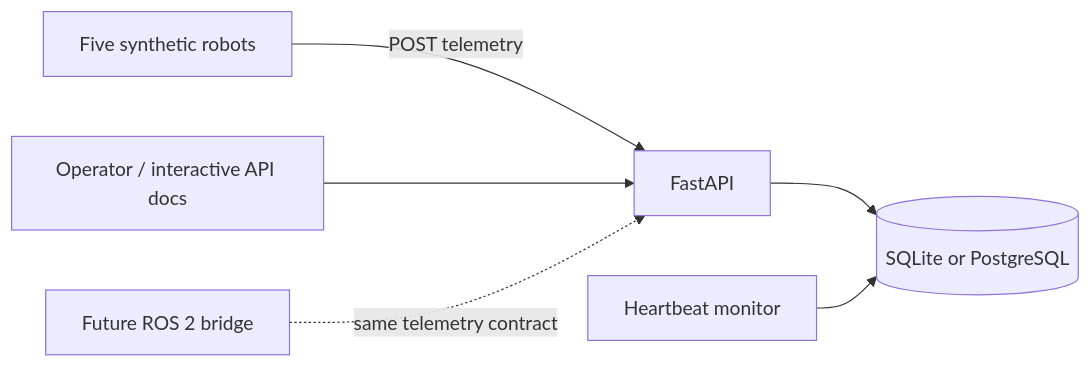
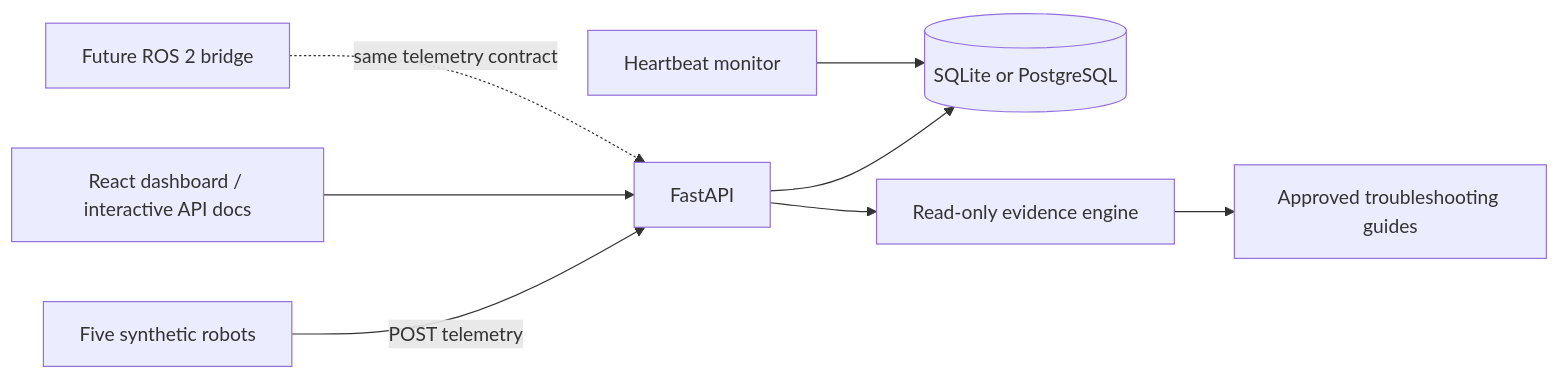
Before and after one commit to ParsaDj/ATLAS: the diagram in docs/architecture.md, drawn with Mermaid. The commit also changed other lines of this file and 32 other files, not shown here.

````diff
--- a/docs/architecture.md
+++ b/docs/architecture.md
@@ -3,8 +3,10 @@
 ```mermaid
 flowchart LR
   Simulator[Five synthetic robots] -->|POST telemetry| API[FastAPI]
   API --> DB[(SQLite or PostgreSQL)]
+  API --> Investigator[Read-only evidence engine]
+  Investigator --> Guides[Approved troubleshooting guides]
   Monitor[Heartbeat monitor] --> DB
-  Operator[Operator / interactive API docs] --> API
+  Operator[React dashboard / interactive API docs] --> API
   Future[Future ROS 2 bridge] -. same telemetry contract .-> API
 ```
````
